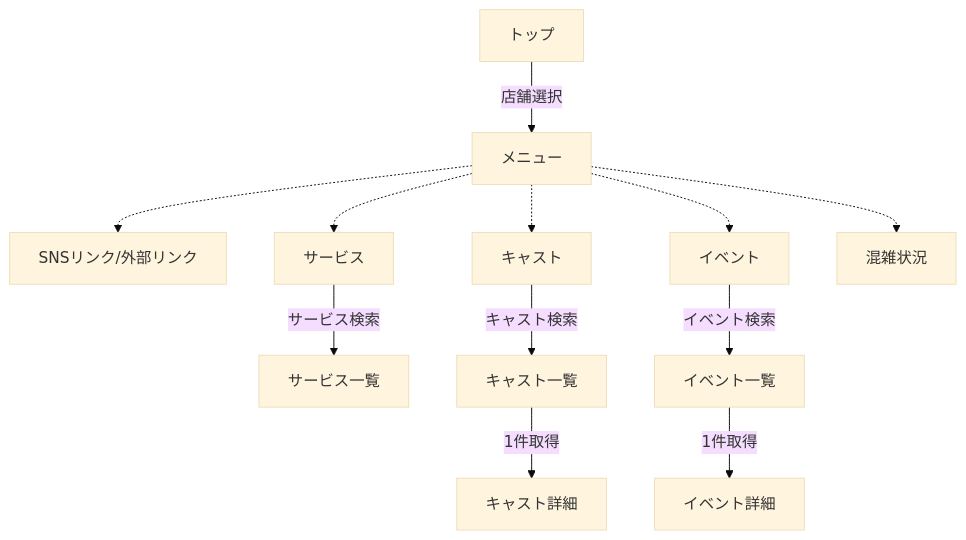
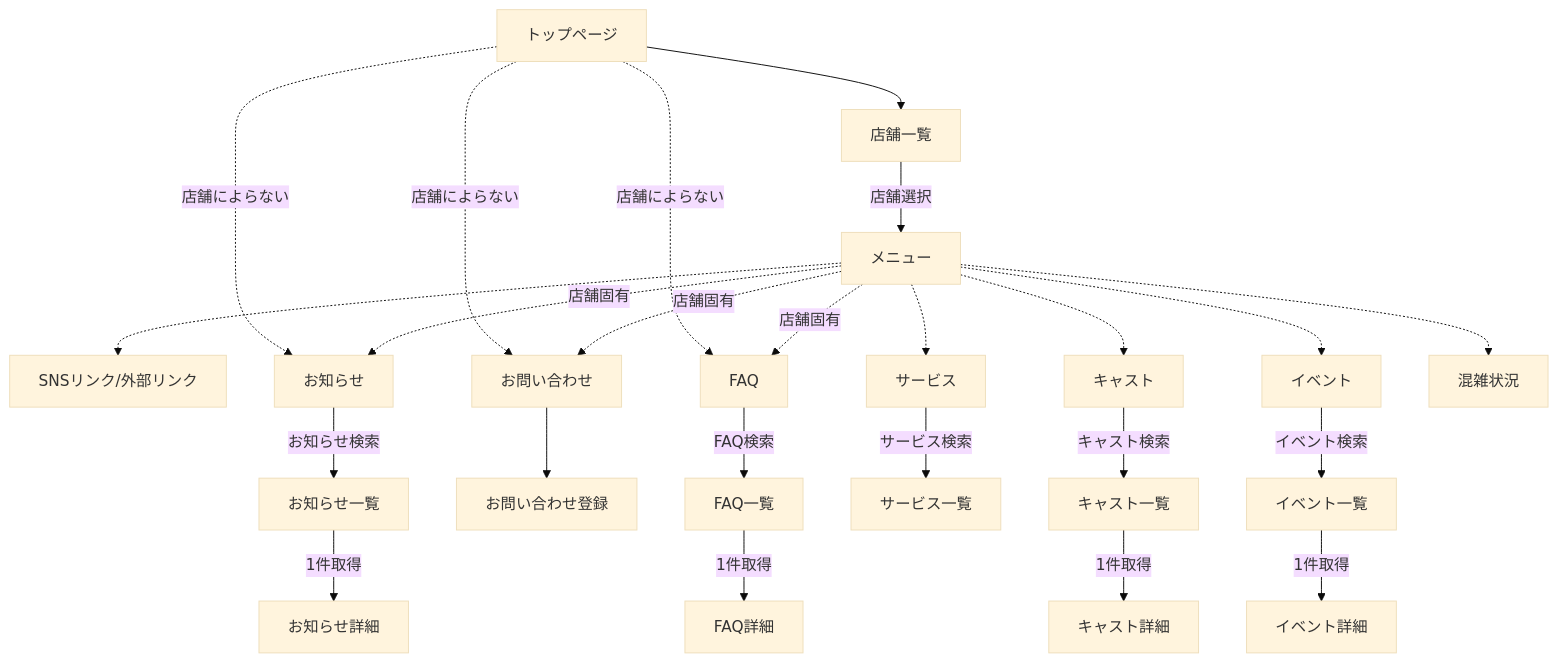
The first of 2 diagrams in document/03.基本設計/README.md (mabubu0203/catcafe), drawn with Mermaid (base theme) before and after one commit. The commit also changed other lines of this file and 2 other files, not shown here.

````diff
--- a/document/03.基本設計/README.md
+++ b/document/03.基本設計/README.md
@@ -33,15 +31,27 @@
 ```mermaid
 graph TD
-	B[トップ]
-	B --> |店舗選択| H[メニュー]
+	TOP[トップページ]
+  TOP --> D1[店舗一覧]
+  TOP -.-> |店舗によらない| C[お知らせ]
+  TOP -.-> |店舗によらない| E[お問い合わせ]
+  TOP -.-> |店舗によらない| F[FAQ]
+	D1 --> |店舗選択| H[メニュー]
+  H -.-> |店舗固有| C
+  H -.-> |店舗固有| E
+  H -.-> |店舗固有| F
 	H -.-> I[サービス]
 	H -.-> J[キャスト]
 	H -.-> M[イベント]
 	H -.-> N[混雑状況]
 	H -.-> 0[SNSリンク/外部リンク]
+  C --> |お知らせ検索| C1[お知らせ一覧]
+  C1 --> |1件取得| C2[お知らせ詳細]
+  E --> E3[お問い合わせ登録]
+  F --> |FAQ検索| F1[FAQ一覧]
+	F1 --> |1件取得| F2[FAQ詳細]
 	I --> |サービス検索| I1[サービス一覧]
 	J --> |キャスト検索| J1[キャスト一覧]
 	J1 --> |1件取得| J2[キャスト詳細]
 	M --> |イベント検索| M1[イベント一覧]
 	M1 --> |1件取得| M2[イベント詳細]
 ```
````
